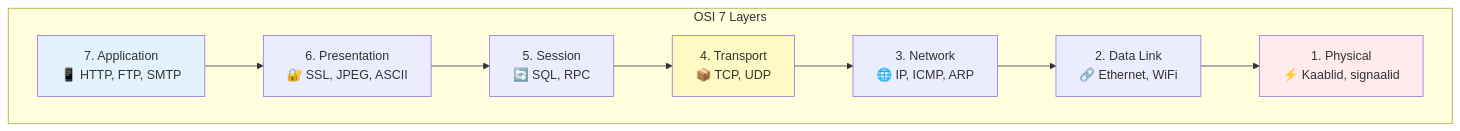
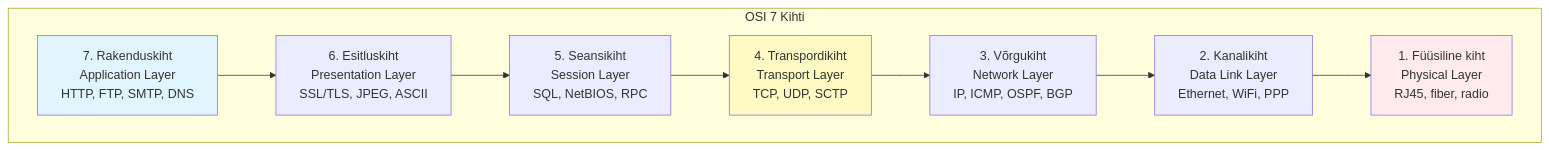
One commit to mtalvik/av_alused changed the seventh of 13 diagrams in Lecture/loeng2.md. Above: the diagram before and after it, drawn with Mermaid. The commit also changed other lines of this file, not shown here.

````diff
--- a/Lecture/loeng2.md
+++ b/Lecture/loeng2.md
@@ -349,18 +175,18 @@
 ```mermaid
 graph TB
-    subgraph "OSI 7 Layers"
-        A[7. Application<br/>📱 HTTP, FTP, SMTP]
-        B[6. Presentation<br/>🔐 SSL, JPEG, ASCII]
-        C[5. Session<br/>🔄 SQL, RPC]
-        D[4. Transport<br/>📦 TCP, UDP]
-        E[3. Network<br/>🌐 IP, ICMP, ARP]
-        F[2. Data Link<br/>🔗 Ethernet, WiFi]
-        G[1. Physical<br/>⚡ Kaablid, signaalid]
+    subgraph "OSI 7 Kihti"
+        A[7. Rakenduskiht<br/>Application Layer<br/>HTTP, FTP, SMTP, DNS]
+        B[6. Esitluskiht<br/>Presentation Layer<br/>SSL/TLS, JPEG, ASCII]
+        C[5. Seansikiht<br/>Session Layer<br/>SQL, NetBIOS, RPC]
+        D[4. Transpordikiht<br/>Transport Layer<br/>TCP, UDP, SCTP]
+        E[3. Võrgukiht<br/>Network Layer<br/>IP, ICMP, OSPF, BGP]
+        F[2. Kanalikiht<br/>Data Link Layer<br/>Ethernet, WiFi, PPP]
+        G[1. Füüsiline kiht<br/>Physical Layer<br/>RJ45, fiber, radio]
     end
     
     A --> B --> C --> D --> E --> F --> G
     
-    style A fill:#e3f2fd
+    style A fill:#e1f5fe
     style D fill:#fff9c4
     style G fill:#ffebee
 ```
````
